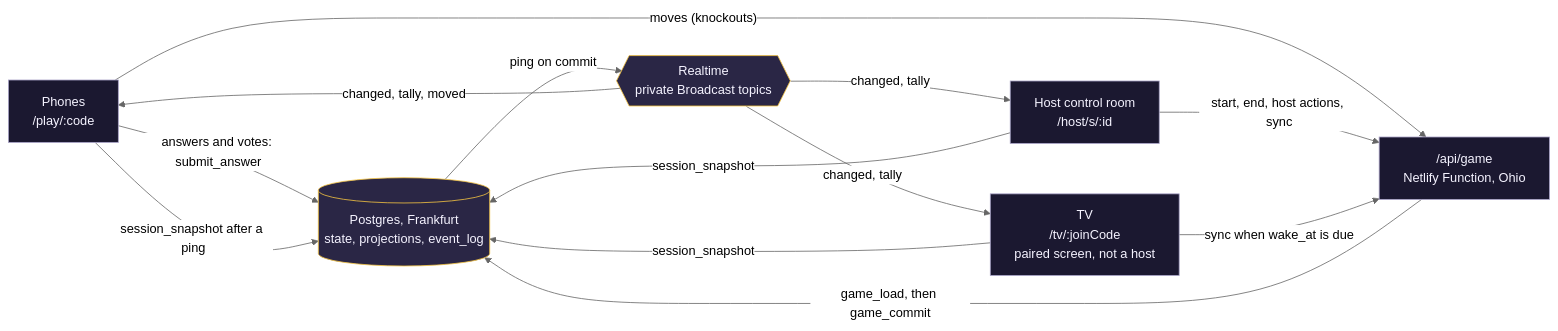
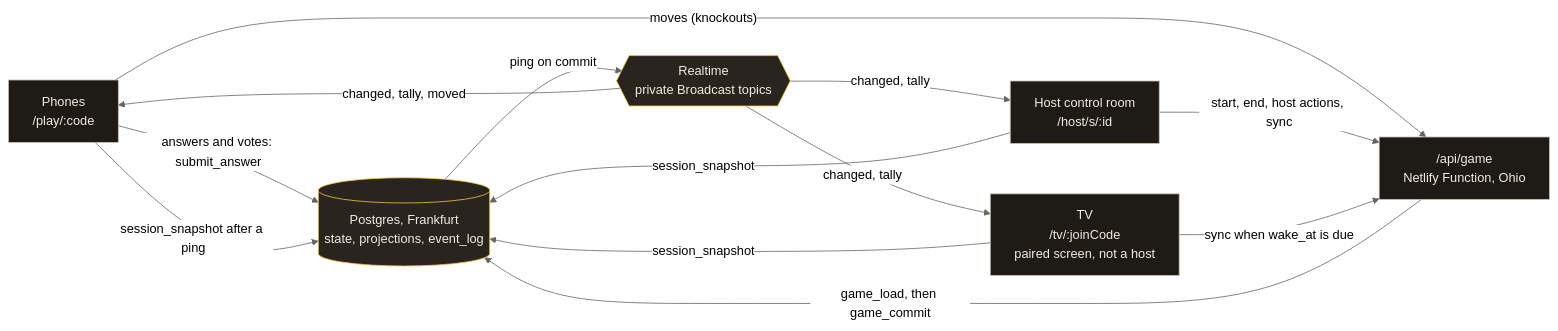
One commit to NicolaiLassen/hurra changed the diagram in docs/engine-v2.md. Above: the diagram before and after it, drawn with Mermaid (neutral theme). The commit also changed other lines of this file and 6 other files, not shown here.

````diff
--- a/docs/engine-v2.md
+++ b/docs/engine-v2.md
@@ -99,23 +101,23 @@
 ```mermaid
 flowchart LR
-  classDef box fill:#1b1830,stroke:#a9a3c7,color:#f5f3ff
-  classDef db fill:#2a2645,stroke:#f5c542,color:#f5f3ff
+  classDef box fill:#1e1a16,stroke:#c9bfae,color:#f2ebde
+  classDef db fill:#29241e,stroke:#f5c542,color:#f2ebde
   P["Phones<br/>/play/:code"]:::box
   T["TV<br/>/tv/:joinCode<br/>paired screen, not a host"]:::box
   H["Host control room<br/>/host/s/:id"]:::box
   E["/api/game<br/>Netlify Function, Ohio"]:::box
   DB[("Postgres, Frankfurt<br/>state, projections, event_log")]:::db
   RT{{"Realtime<br/>private Broadcast topics"}}:::db
   P -- "answers and votes: submit_answer" --> DB
   P -- "moves (knockouts)" --> E
   H -- "start, end, host actions, sync" --> E
   T -- "sync when wake_at is due" --> E
   E -- "game_load, then game_commit" --> DB
   DB -- "ping on commit" --> RT
   RT -- "changed, tally, moved" --> P
   RT -- "changed, tally" --> T
   RT -- "changed, tally" --> H
   P -- "session_snapshot after a ping" --> DB
   T -- "session_snapshot" --> DB
   H -- "session_snapshot" --> DB
 ```
````
